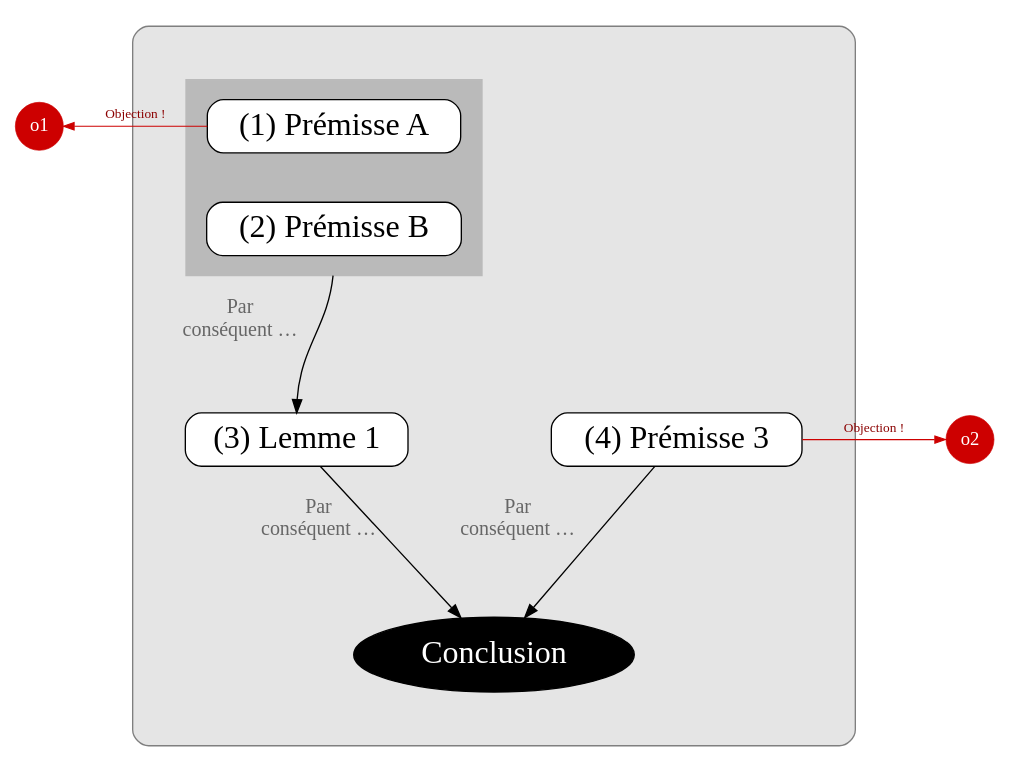
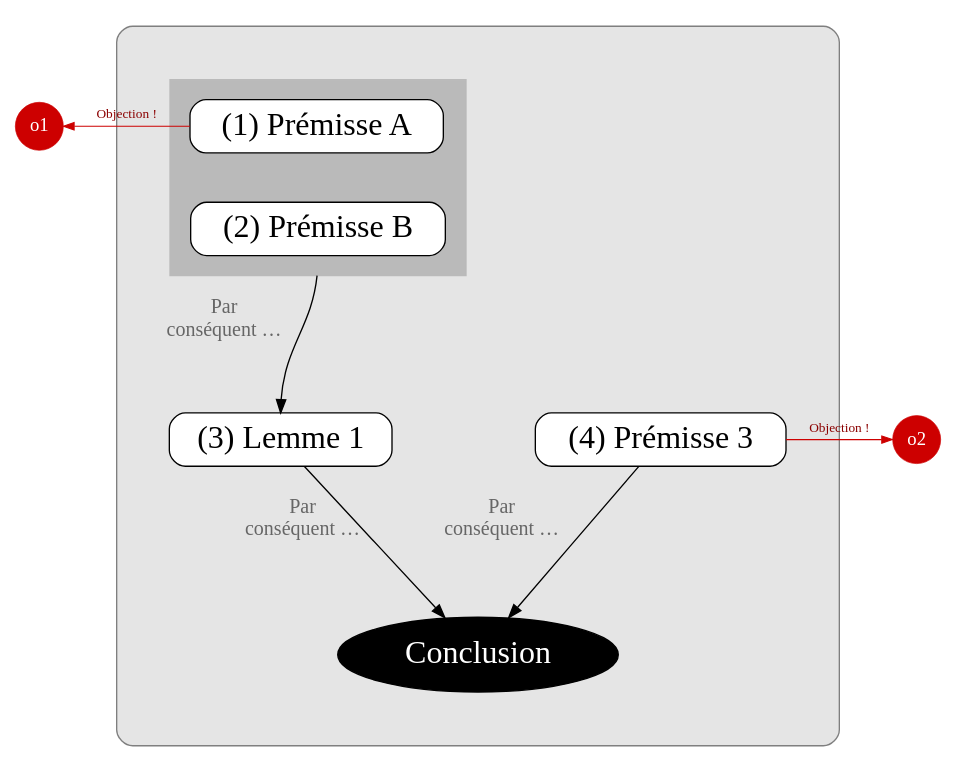
Before and after one commit to eyssette/graphviz-templates: the diagram in argument3.dot, drawn with Graphviz. The commit also changed 1 other file, not shown here.

```diff
--- a/argument3.dot
+++ b/argument3.dot
@@ -1,62 +1,62 @@
 digraph G {
 splines=true
 newrank=true
 compound=true
 
 
 node[color=red3, style="rounded, filled", shape="circle", fillcolor=red3, penwidth=0.5, fontcolor=white, margin=0, size=1]
 o1[label="o1"]
 
 node[shape=box, fillcolor=white, style="filled,rounded", color=black, fontsize=24, penwidth=1,fontcolor=black, margin=0.1]
-edge[minlen=3,color=red3, penwidth=0.8, arrowsize=0.8, label="Objection !", fontcolor=red4,fontsize=10]
+edge[minlen=2,color=red3, penwidth=0.8, arrowsize=0.8, label="Objection !", fontcolor=red4,fontsize=10]
 {rank=same;o1->p1[dir=back]}
 
 
 subgraph cluster_0 {
 bgcolor=grey90
 style=rounded
 color=grey50
 margin=40
 
 
 
 node[shape=box, fillcolor=white, style="filled,rounded", color=black]
 edge[label="",xlabel="Par
 conséquent …",fontcolor=grey40;fontsize=15,minlen=3,color=black,penwidth=1, arrowsize=1]
 
 
 
 subgraph cluster_1 {
 style="box"
 margin=15
 bgcolor=grey73
 color=grey73
 p1[label="(1) Prémisse A"]
 
 p2[label="(2) Prémisse B"]
 }
 
 p1->p2[style=invis,xlabel="",minlen=1]
 //{rank=same;p1->p2[style=invis,xlabel="",minlen=1]}
 
 p2:s->p3:n[ltail=cluster_1]
 //p2:w->p3:n[ltail=cluster_1]
 p3[label="(3) Lemme 1"]
 
 {rank=same;p3->p4[style=invis]}
 
 p4[label="(4) Prémisse 3"]
 
 {p3,p4}->C
 
 
 C[label="Conclusion",fillcolor=black, fontcolor=white, color=black, shape=ellipse]
 
 
 }
 
 node[color=red3, style="rounded, filled", shape="circle", fillcolor=red3, penwidth=0.5, fontcolor=white, margin=0, size=1,fontsize=14]
 o2[label="o2"]
 {rank=same;p4->o2}
 
 }
```
